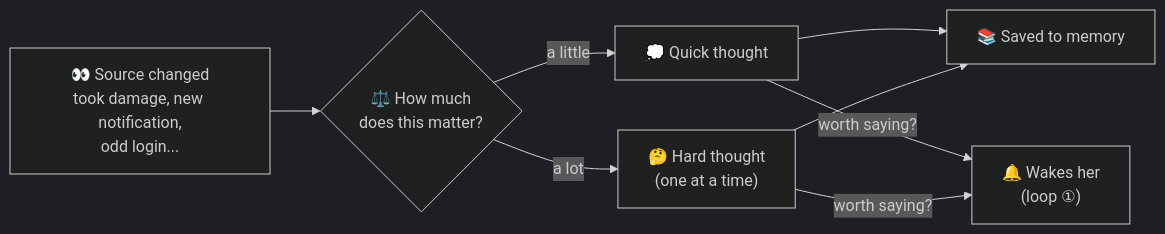
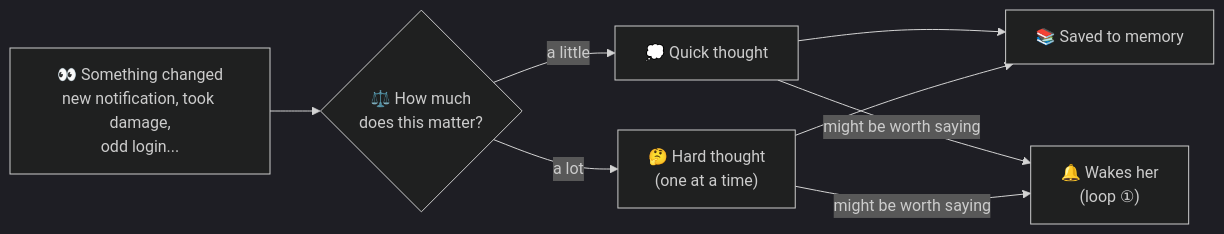
One commit to vingilbee/jophiel changed the sixth of 8 diagrams in README.md. Above: the diagram before and after it, drawn with Mermaid (dark theme). The commit also changed other lines of this file, not shown here.

````diff
--- a/README.md
+++ b/README.md
@@ -183,8 +182,8 @@
 ```mermaid
 flowchart LR
-    S["👀 Source changed<br/>took damage, new notification,<br/>odd login..."] --> G{"⚖️ How much<br/>does this matter?"}
+    S["👀 Something changed<br/>new notification, took damage,<br/>odd login..."] --> G{"⚖️ How much<br/>does this matter?"}
     G -- "a little" --> Q["💭 Quick thought"]
     G -- "a lot" --> H["🤔 Hard thought<br/>(one at a time)"]
     Q & H --> Mem["📚 Saved to memory"]
-    Q & H -- "worth saying?" --> W["🔔 Wakes her<br/>(loop ①)"]
+    Q & H -- "might be worth saying" --> W["🔔 Wakes her<br/>(loop ①)"]
 ```
````
